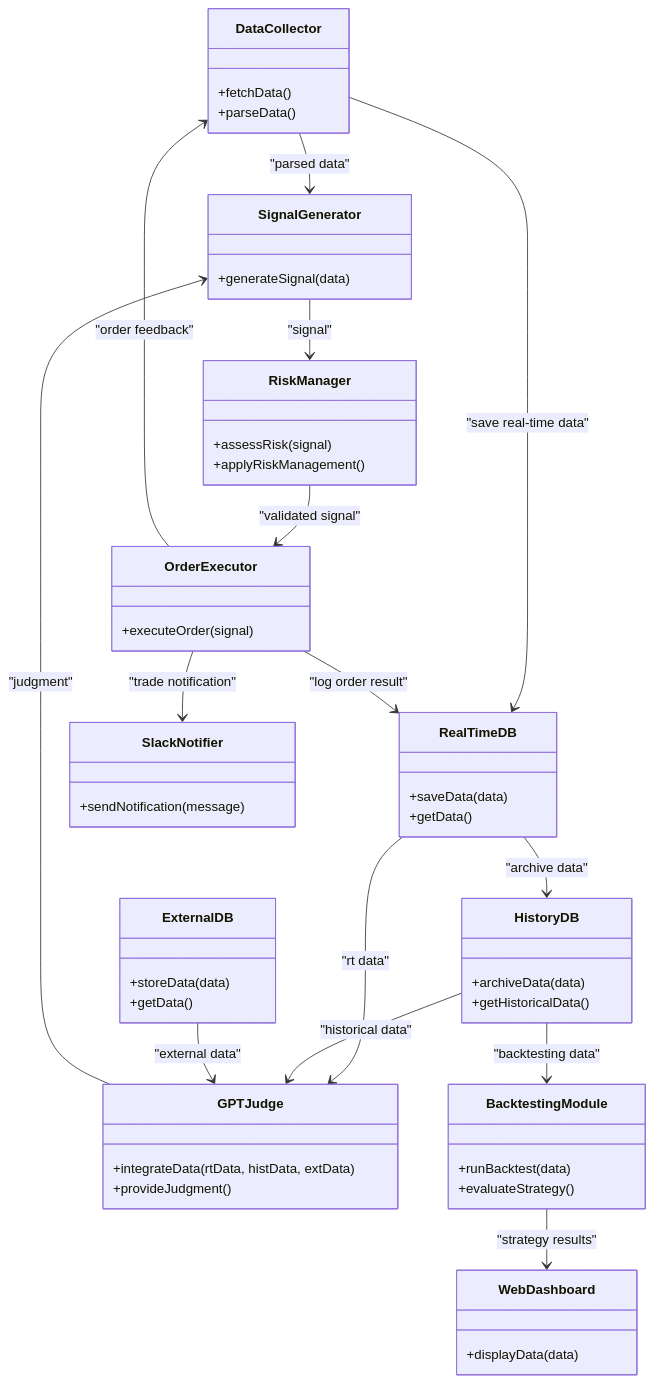
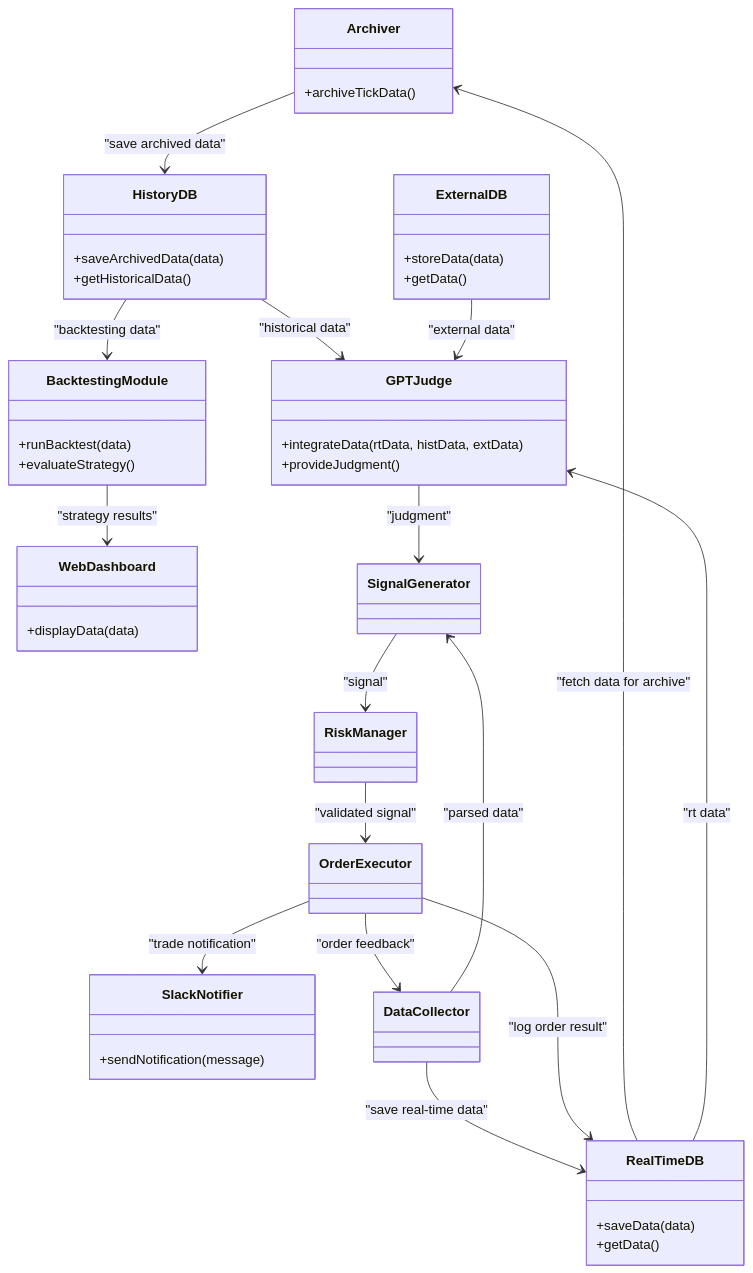
Before and after one commit to grayson1999/Bitcoin-Auto-Trading: the second of 2 diagrams in docs/ARCHITECTURE.md, drawn with Mermaid. The commit also changed other lines of this file and 4 other files, not shown here.

````diff
--- a/docs/ARCHITECTURE.md
+++ b/docs/ARCHITECTURE.md
@@ -89,65 +91,55 @@
 ```mermaid
 classDiagram
-    class DataCollector {
-        +fetchData()
-        +parseData()
-    }
-    class SignalGenerator {
-        +generateSignal(data)
-    }
-    class RiskManager {
-        +assessRisk(signal)
-        +applyRiskManagement()
-    }
-    class OrderExecutor {
-        +executeOrder(signal)
+    class Archiver {
+        +archiveTickData()
     }
     class RealTimeDB {
         +saveData(data)
         +getData()
     }
     class HistoryDB {
-        +archiveData(data)
+        +saveArchivedData(data)
         +getHistoricalData()
     }
     class ExternalDB {
         +storeData(data)
         +getData()
     }
     class GPTJudge {
         +integrateData(rtData, histData, extData)
         +provideJudgment()
     }
     class BacktestingModule {
         +runBacktest(data)
         +evaluateStrategy()
     }
     class WebDashboard {
         +displayData(data)
     }
     class SlackNotifier {
         +sendNotification(message)
     }
     
     %% 데이터 흐름 (간략화)
     DataCollector --> SignalGenerator : "parsed data"
     SignalGenerator --> RiskManager : "signal"
     RiskManager --> OrderExecutor : "validated signal"
     OrderExecutor --> DataCollector : "order feedback"
     
     %% 데이터 저장 관련
     DataCollector --> RealTimeDB : "save real-time data"
     OrderExecutor --> RealTimeDB : "log order result"
-    RealTimeDB --> HistoryDB : "archive data"
+    RealTimeDB --> Archiver : "fetch data for archive"
+    Archiver --> HistoryDB : "save archived data"
     
     %% 외부 데이터 및 GPT 판단 근거
     RealTimeDB --> GPTJudge : "rt data"
     HistoryDB --> GPTJudge : "historical data"
     ExternalDB --> GPTJudge : "external data"
     GPTJudge --> SignalGenerator : "judgment"
     
     %% 백테스팅 및 UI/알림
     HistoryDB --> BacktestingModule : "backtesting data"
     BacktestingModule --> WebDashboard : "strategy results"
     OrderExecutor --> SlackNotifier : "trade notification"
 ```
````
